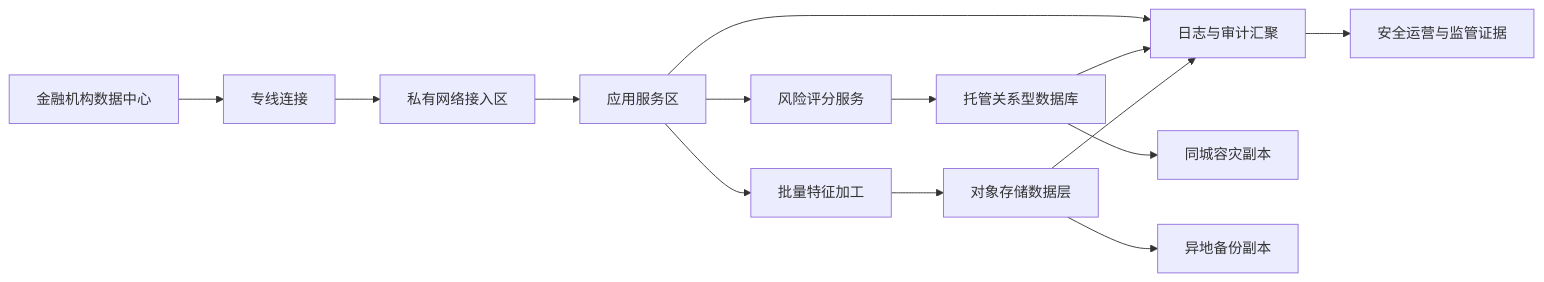
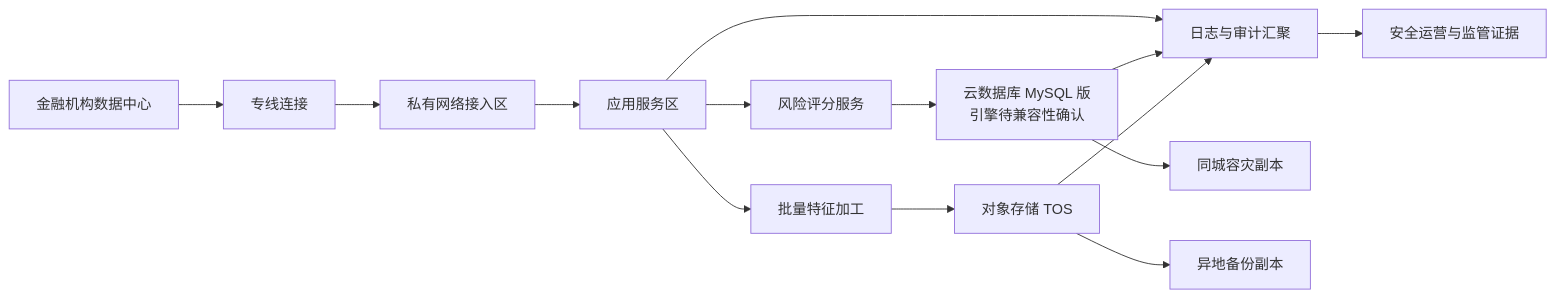
One commit to Joyce0301/volcengine-solutions-architect changed the diagram in tests/forward/regulated-finance.md. Above: the diagram before and after it, drawn with Mermaid. The commit also changed other lines of this file and 22 other files, not shown here.

Commit message:
feat: add adaptive architecture interview

````diff
--- a/tests/forward/regulated-finance.md
+++ b/tests/forward/regulated-finance.md
@@ -83,16 +83,16 @@
 ```mermaid
 flowchart LR
   A[金融机构数据中心] --> B[专线连接]
   B --> C[私有网络接入区]
   C --> D[应用服务区]
   D --> E[风险评分服务]
   D --> F[批量特征加工]
-  E --> G[托管关系型数据库]
-  F --> H[对象存储数据层]
+  E --> G[云数据库 MySQL 版<br/>引擎待兼容性确认]
+  F --> H[对象存储 TOS]
   D --> I[日志与审计汇聚]
   G --> I
   H --> I
   I --> J[安全运营与监管证据]
   G --> K[同城容灾副本]
   H --> L[异地备份副本]
 ```
````
